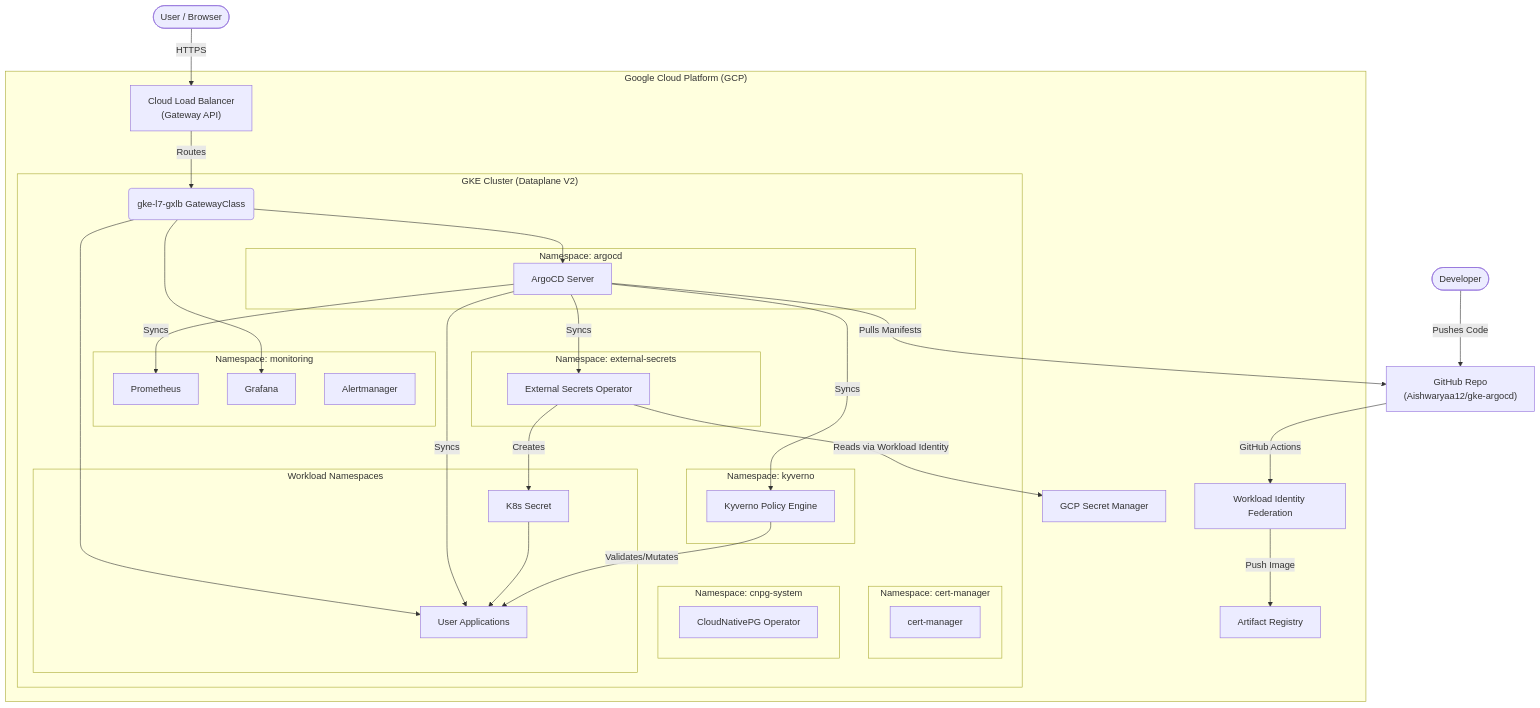
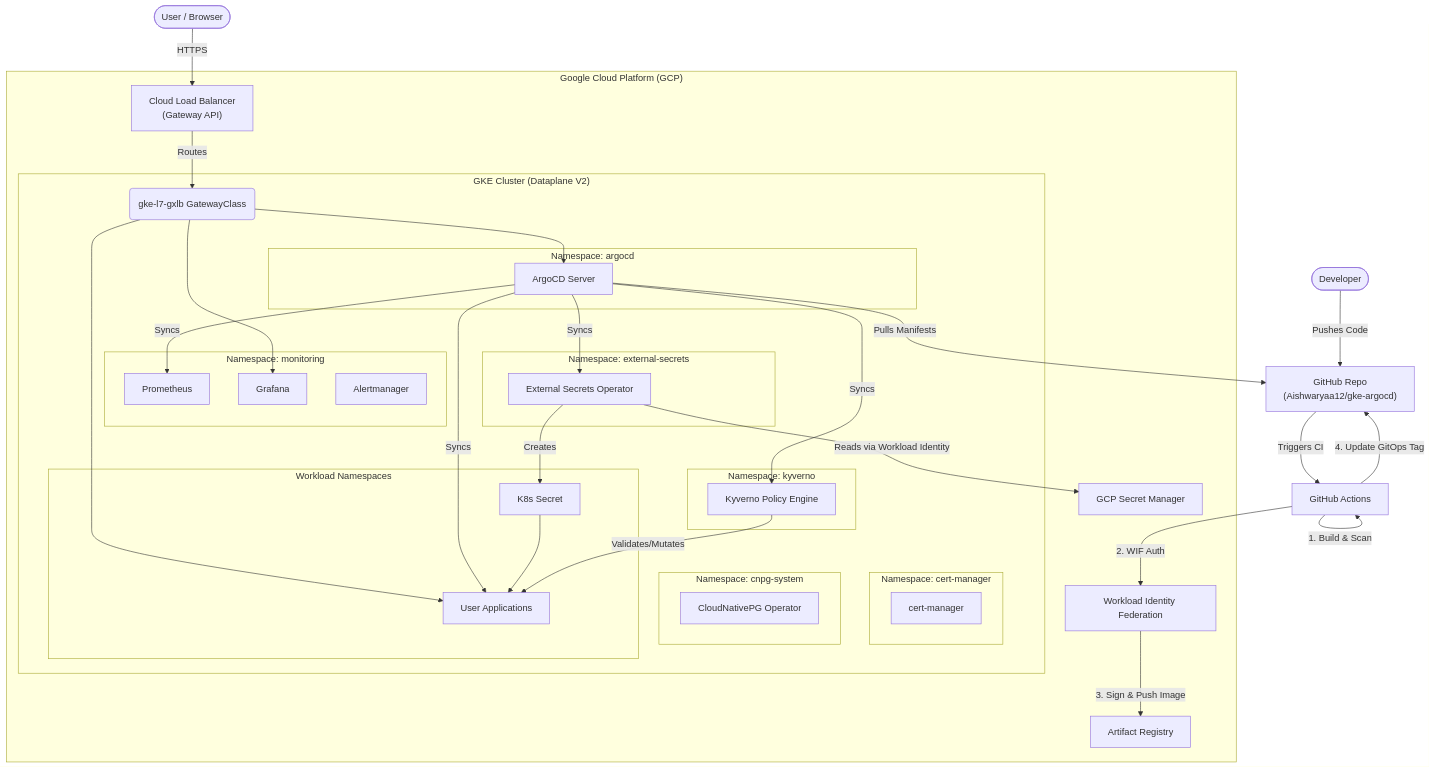
Before and after one commit to Aishwaryaa12/gke-argocd: the diagram in ARCHITECTURE.md, drawn with Mermaid. The commit also changed 5 other files, not shown here.

````diff
--- a/ARCHITECTURE.md
+++ b/ARCHITECTURE.md
@@ -5,79 +5,82 @@
 ```mermaid
 graph TD
     %% Define User / External Access
     User([User / Browser])
     Developer([Developer])
     GitHub["GitHub Repo <br/>(Aishwaryaa12/gke-argocd)"]
 
     subgraph "Google Cloud Platform (GCP)"
         %% Cloud Load Balancing & Networking
         GCLB["Cloud Load Balancer <br/>(Gateway API)"]
         SecretManager[GCP Secret Manager]
         ArtifactRegistry[Artifact Registry]
         WIF[Workload Identity Federation]
 
         subgraph "GKE Cluster (Dataplane V2)"
             %% Ingress / Networking
             GatewayClass(gke-l7-gxlb GatewayClass)
 
             subgraph "Namespace: argocd"
                 ArgoCD[ArgoCD Server]
             end
 
             subgraph "Namespace: monitoring"
                 Prometheus[Prometheus]
                 Grafana[Grafana]
                 AlertManager[Alertmanager]
             end
 
             subgraph "Namespace: external-secrets"
                 ESO[External Secrets Operator]
             end
 
             subgraph "Namespace: cert-manager"
                 CertManager[cert-manager]
             end
 
             subgraph "Namespace: kyverno"
                 Kyverno[Kyverno Policy Engine]
             end
             
             subgraph "Namespace: cnpg-system"
                 CNPG[CloudNativePG Operator]
             end
 
             %% Applications Layer
             subgraph "Workload Namespaces"
                 Apps[User Applications]
                 K8sSecret[K8s Secret]
             end
         end
     end
 
     %% Flow: External Traffic
     User -->|HTTPS| GCLB
     GCLB -->|Routes| GatewayClass
     GatewayClass --> Apps
     GatewayClass --> ArgoCD
     GatewayClass --> Grafana
 
     %% Flow: GitOps
     ArgoCD -->|Pulls Manifests| GitHub
     ArgoCD -->|Syncs| Apps
     ArgoCD -->|Syncs| Prometheus
     ArgoCD -->|Syncs| ESO
     ArgoCD -->|Syncs| Kyverno
 
     %% Flow: CI/CD
     Developer -->|Pushes Code| GitHub
-    GitHub -->|GitHub Actions| WIF
-    WIF -->|Push Image| ArtifactRegistry
+    GitHub -->|Triggers CI| GHA[GitHub Actions]
+    GHA -->|1. Build & Scan| GHA
+    GHA -->|2. WIF Auth| WIF
+    WIF -->|3. Sign & Push Image| ArtifactRegistry
+    GHA -->|4. Update GitOps Tag| GitHub
 
     %% Flow: Secrets
     ESO -->|Reads via Workload Identity| SecretManager
     ESO -->|Creates| K8sSecret
     K8sSecret --> Apps
     
     %% Flow: Policies
     Kyverno -->|Validates/Mutates| Apps
 ```
````
